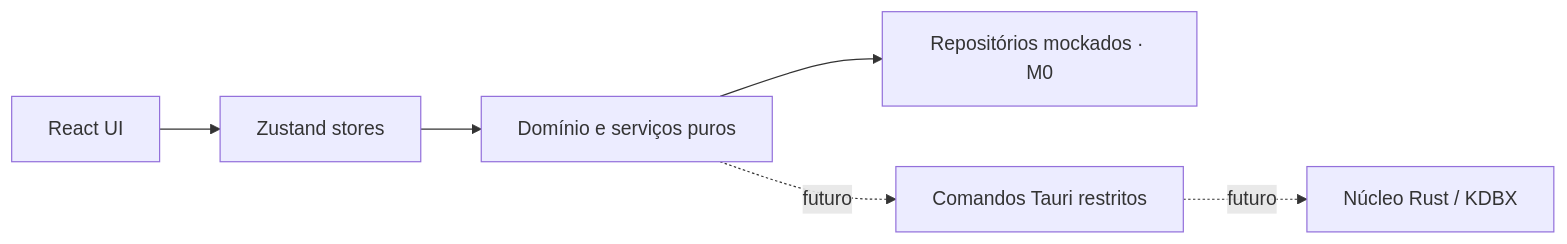
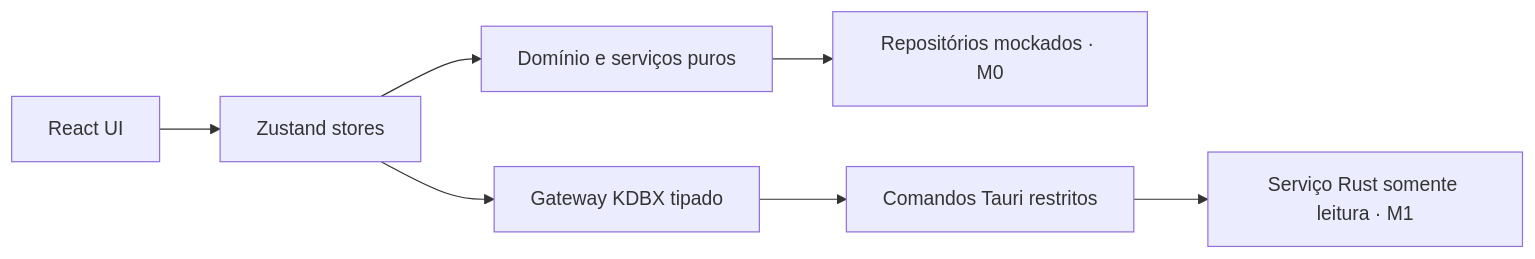
Before and after one commit to johnnymeunome/MyVault: the diagram in README.md, drawn with Mermaid. The commit also changed other lines of this file and 109 other files, not shown here.

````diff
--- a/README.md
+++ b/README.md
@@ -197,8 +212,9 @@
 ```mermaid
 flowchart LR
     UI["React UI"] --> Store["Zustand stores"]
     Store --> Domain["Domínio e serviços puros"]
     Domain --> Mock["Repositórios mockados · M0"]
-    Domain -. futuro .-> Bridge["Comandos Tauri restritos"]
-    Bridge -. futuro .-> Core["Núcleo Rust / KDBX"]
+    Store --> Gateway["Gateway KDBX tipado"]
+    Gateway --> Bridge["Comandos Tauri restritos"]
+    Bridge --> Core["Serviço Rust somente leitura · M1"]
 ```
````
